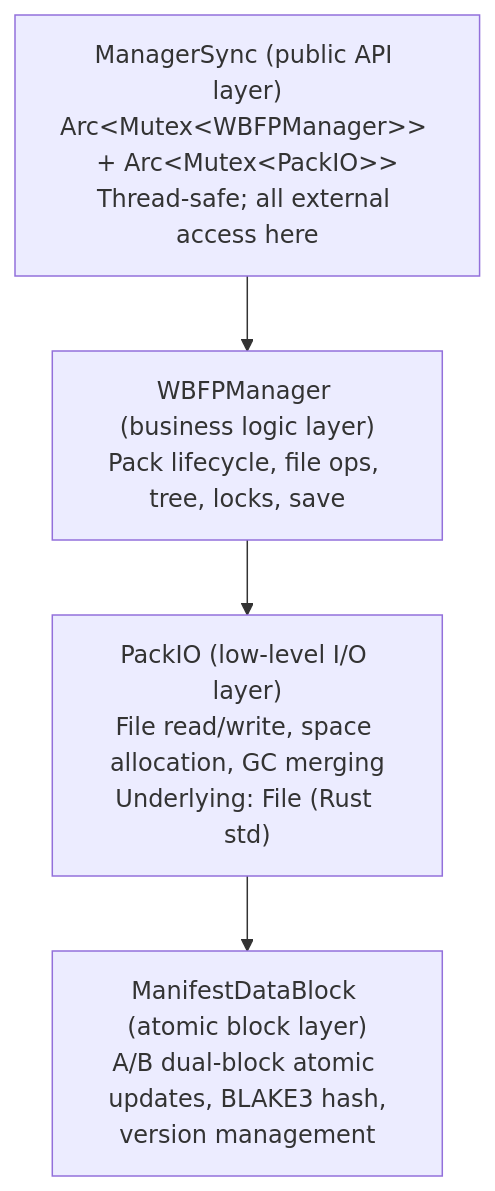
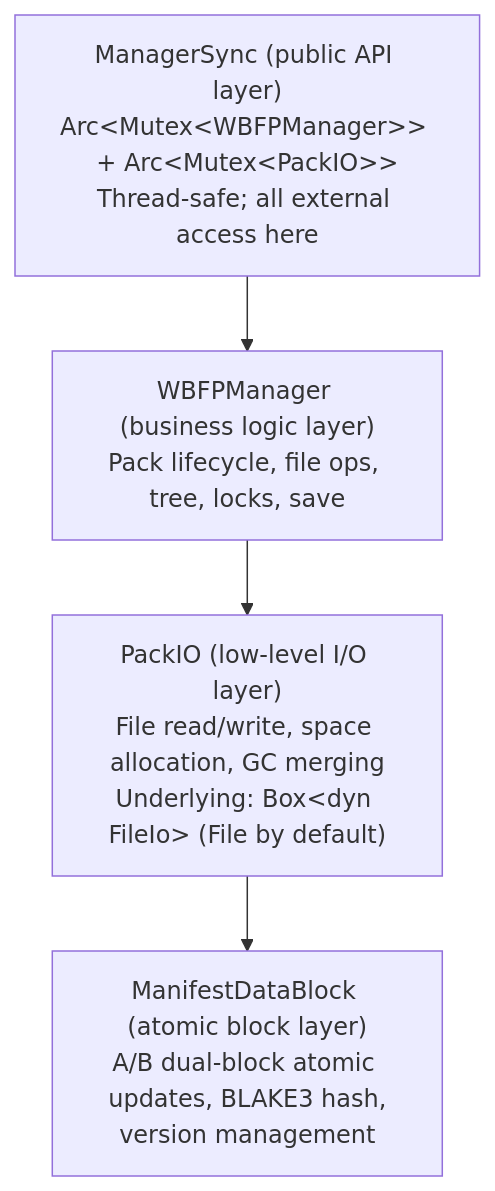
The fourth of 9 diagrams in ARCHITECTURE.md (WaterBall20/water_ball_tool), drawn with Mermaid before and after one commit. The commit also changed other lines of this file and 63 other files, not shown here.

````diff
--- a/ARCHITECTURE.md
+++ b/ARCHITECTURE.md
@@ -495,8 +551,8 @@
 ```mermaid
 flowchart TD
     L1["ManagerSync (public API layer)<br/>Arc&lt;Mutex&lt;WBFPManager&gt;&gt; + Arc&lt;Mutex&lt;PackIO&gt;&gt;<br/>Thread-safe; all external access here"]
     L2["WBFPManager (business logic layer)<br/>Pack lifecycle, file ops, tree, locks, save"]
-    L3["PackIO (low-level I/O layer)<br/>File read/write, space allocation, GC merging<br/>Underlying: File (Rust std)"]
+    L3["PackIO (low-level I/O layer)<br/>File read/write, space allocation, GC merging<br/>Underlying: Box&lt;dyn FileIo&gt; (File by default)"]
     L4["ManifestDataBlock (atomic block layer)<br/>A/B dual-block atomic updates, BLAKE3 hash,<br/>version management"]
     L1 --> L2 --> L3 --> L4
 ```
````
